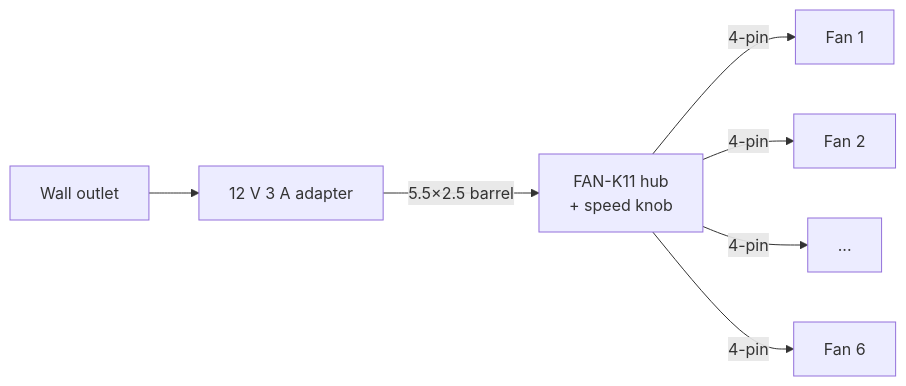
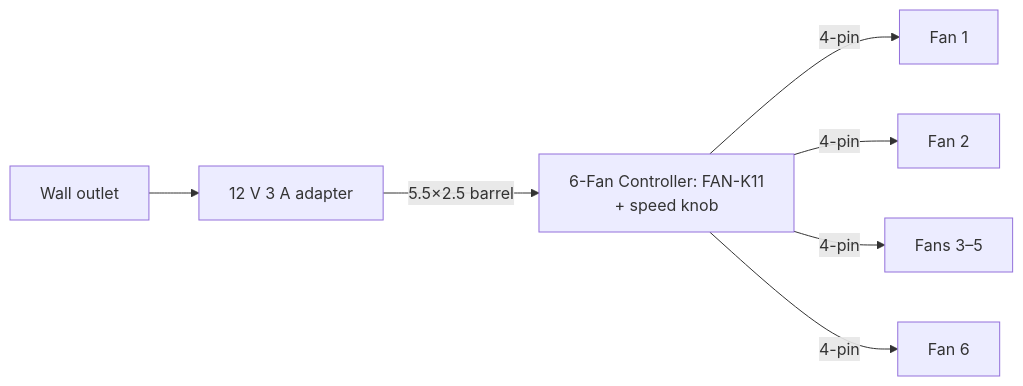
One commit to nhooey/diy-projects changed the diagram in projects/pc-fan-array-with-pwm-controller-6x/README.md. Above: the diagram before and after it, drawn with Mermaid. The commit also changed other lines of this file, not shown here.

````diff
--- a/projects/pc-fan-array-with-pwm-controller-6x/README.md
+++ b/projects/pc-fan-array-with-pwm-controller-6x/README.md
@@ -53,9 +53,9 @@
 ```mermaid
 flowchart LR
     wall[Wall outlet] --> adapter[12 V 3 A adapter]
-    adapter -->|5.5×2.5 barrel| hub["FAN-K11 hub<br/>+ speed knob"]
+    adapter -->|5.5×2.5 barrel| hub["6-Fan Controller: FAN-K11<br/>+ speed knob"]
     hub -->|4-pin| f1[Fan 1]
     hub -->|4-pin| f2[Fan 2]
-    hub -->|4-pin| f3[...]
+    hub -->|4-pin| f3["Fans 3–5"]
     hub -->|4-pin| f6[Fan 6]
 ```
````
